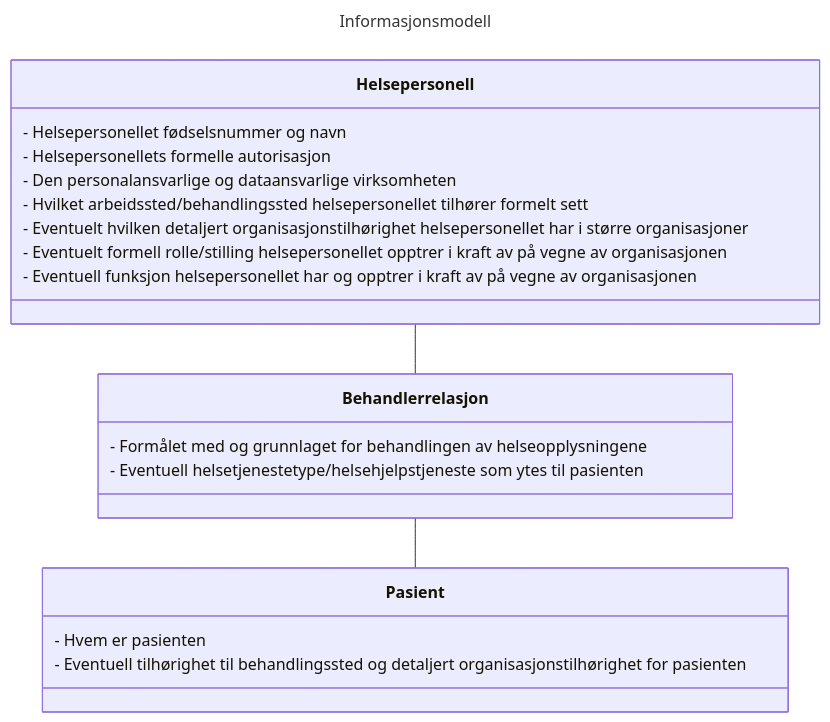
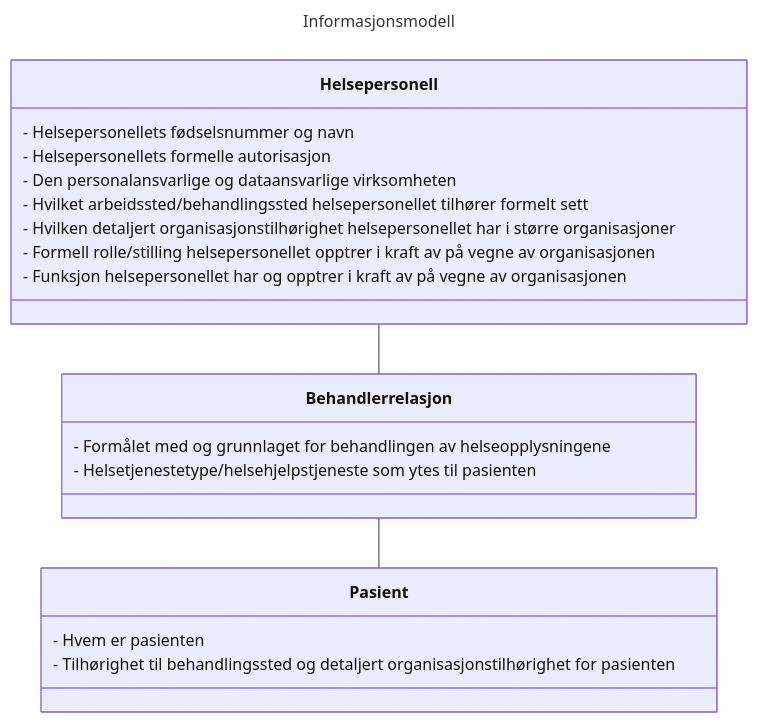
One commit to NorskHelsenett/Tillitsrammeverk changed the first of 2 diagrams in specs/informasjons_og_datamodell.md. Above: the diagram before and after it, drawn with Mermaid. The commit also changed other lines of this file, not shown here.

````diff
--- a/specs/informasjons_og_datamodell.md
+++ b/specs/informasjons_og_datamodell.md
@@ -132,27 +132,27 @@
 ```mermaid
 ---
 title: Informasjonsmodell
 ---
 classDiagram
 	Helsepersonell -- Behandlerrelasjon
 	Behandlerrelasjon -- Pasient
 
     class Helsepersonell{
-		- Helsepersonellet fødselsnummer og navn
+		- Helsepersonellets fødselsnummer og navn
 		- Helsepersonellets formelle autorisasjon
 		- Den personalansvarlige og dataansvarlige virksomheten
 		- Hvilket arbeidssted/behandlingssted helsepersonellet tilhører formelt sett
-		- Eventuelt hvilken detaljert organisasjonstilhørighet helsepersonellet har i større organisasjoner
-		- Eventuelt formell rolle/stilling helsepersonellet opptrer i kraft av på vegne av organisasjonen
-		- Eventuell funksjon helsepersonellet har og opptrer i kraft av på vegne av organisasjonen
+		- Hvilken detaljert organisasjonstilhørighet helsepersonellet har i større organisasjoner
+		- Formell rolle/stilling helsepersonellet opptrer i kraft av på vegne av organisasjonen
+		- Funksjon helsepersonellet har og opptrer i kraft av på vegne av organisasjonen
     }
     class Behandlerrelasjon{
 		- Formålet med og grunnlaget for behandlingen av helseopplysningene
-		- Eventuell helsetjenestetype/helsehjelpstjeneste som ytes til pasienten
+		- Helsetjenestetype/helsehjelpstjeneste som ytes til pasienten
     }
     class Pasient{
 		- Hvem er pasienten
-		- Eventuell tilhørighet til behandlingssted og detaljert organisasjonstilhørighet for pasienten
+		- Tilhørighet til behandlingssted og detaljert organisasjonstilhørighet for pasienten
     }
 
 ```
````
